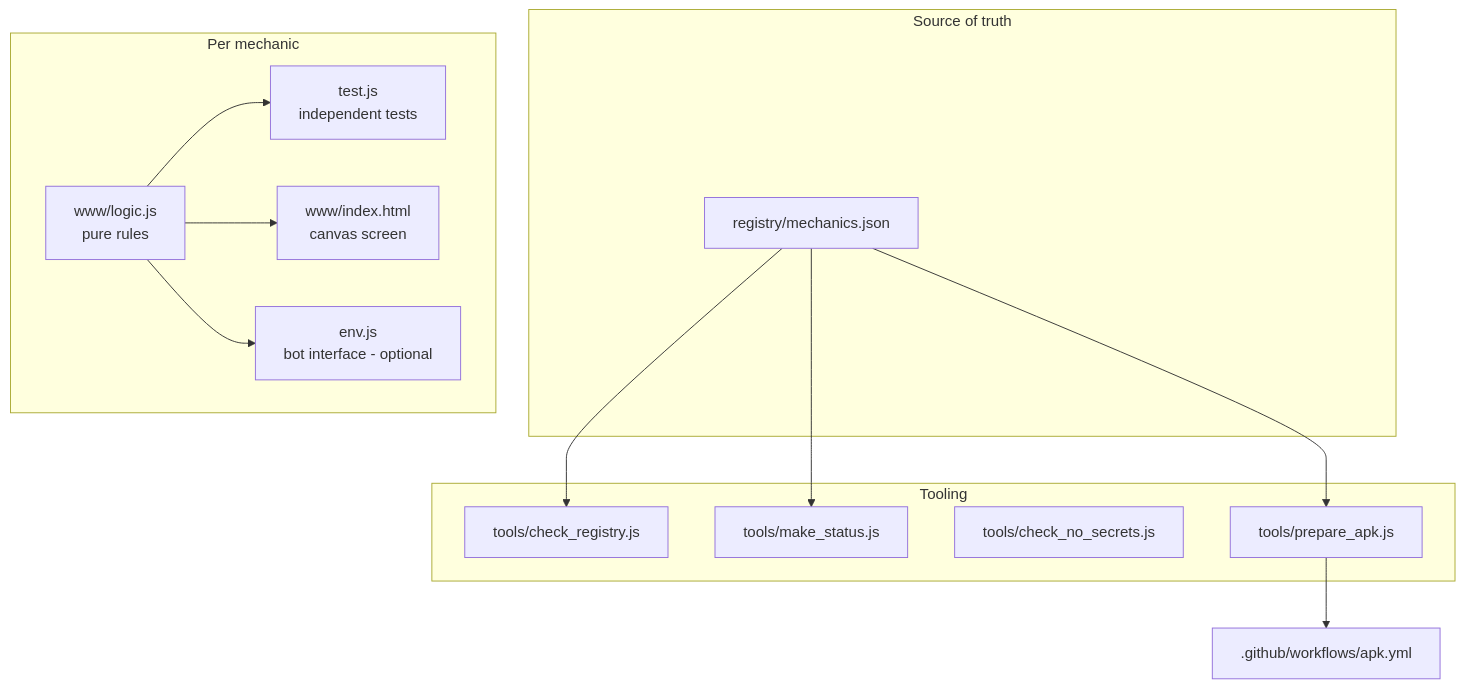
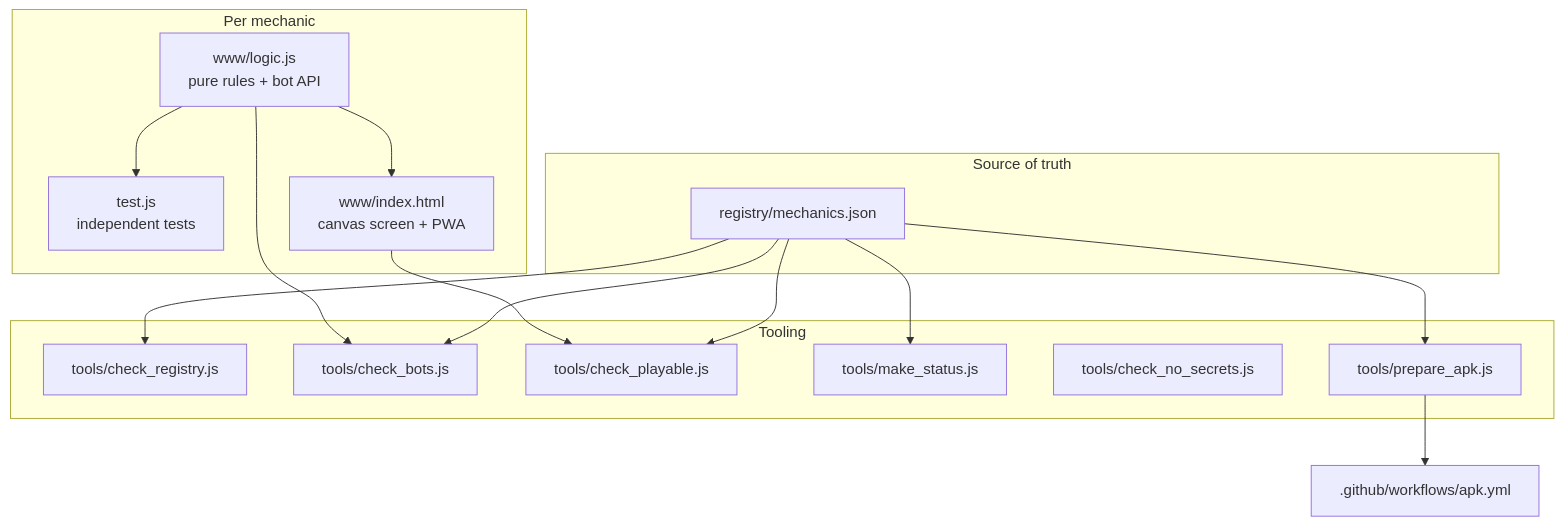
The diagram in docs/ARCHITECTURE.md (layer8labs8/GAME-OF-EVERYTHING), drawn with Mermaid before and after one commit. The commit also changed 315 other files, not shown here.

````diff
--- a/docs/ARCHITECTURE.md
+++ b/docs/ARCHITECTURE.md
@@ -3,25 +3,29 @@
 ```mermaid
 flowchart TB
   subgraph Source of truth
     REG[registry/mechanics.json]
   end
   subgraph Per mechanic
-    LOGIC[www/logic.js<br/>pure rules]
+    LOGIC[www/logic.js<br/>pure rules + bot API]
     TEST[test.js<br/>independent tests]
-    UI[www/index.html<br/>canvas screen]
-    ENV[env.js<br/>bot interface - optional]
+    UI[www/index.html<br/>canvas screen + PWA]
   end
   subgraph Tooling
     CHK[tools/check_registry.js]
+    BOT[tools/check_bots.js]
+    PLY[tools/check_playable.js]
     STS[tools/make_status.js]
     SEC[tools/check_no_secrets.js]
     APK[tools/prepare_apk.js]
   end
   REG --> CHK
+  REG --> BOT
+  REG --> PLY
   REG --> STS
   REG --> APK
   LOGIC --> TEST
   LOGIC --> UI
-  LOGIC --> ENV
+  LOGIC --> BOT
+  UI --> PLY
   APK --> CI[.github/workflows/apk.yml]
 ```
````
